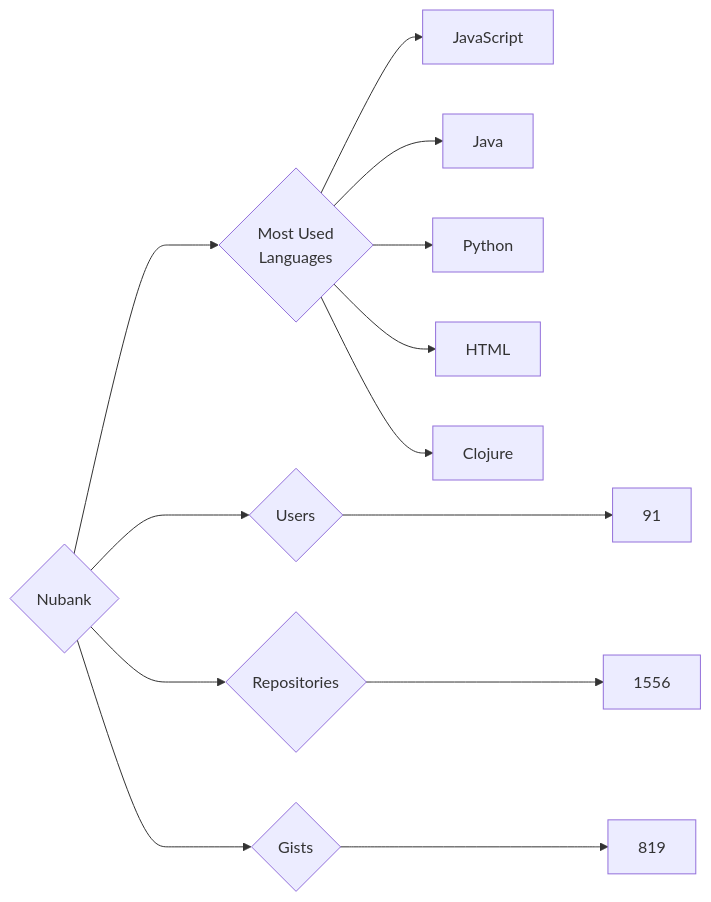
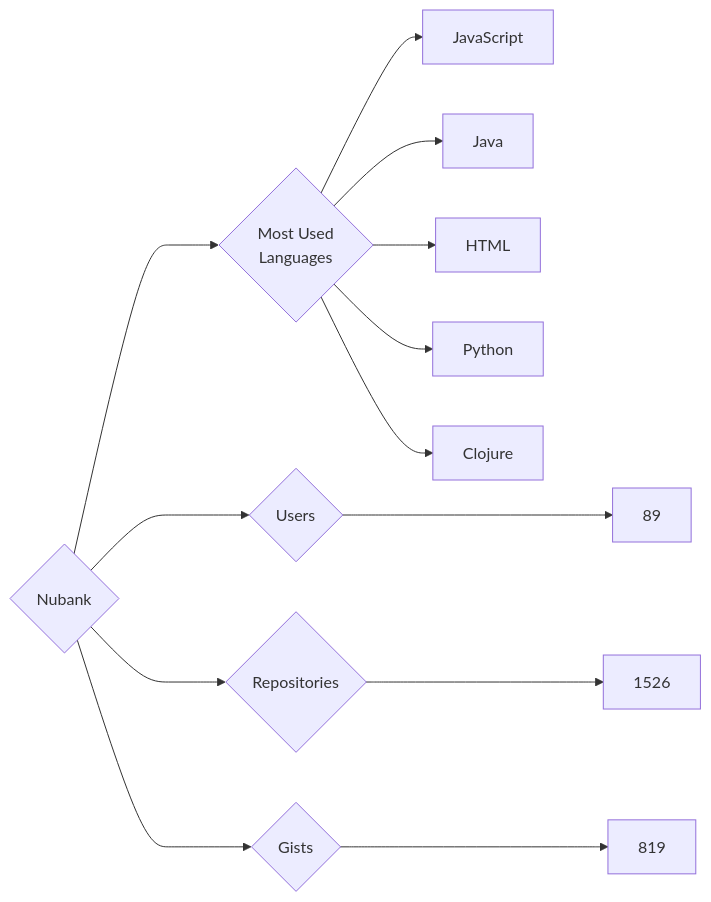
One commit to trickest/insiders changed the diagram in targets/Nubank/README.md. Above: the diagram before and after it, drawn with Mermaid. The commit also changed 770 other files, not shown here.

````diff
--- a/targets/Nubank/README.md
+++ b/targets/Nubank/README.md
@@ -3,13 +3,13 @@
 ```mermaid
 graph LR
 COMPANY_NAME{Nubank}
-COMPANY_NAME ---> U{Users} ---> UN[91]
-COMPANY_NAME ---> R{Repositories} ---> RN[1556]
+COMPANY_NAME ---> U{Users} ---> UN[89]
+COMPANY_NAME ---> R{Repositories} ---> RN[1526]
 COMPANY_NAME ---> G{Gists} ---> GN[819]
 COMPANY_NAME ---> ML{Most Used<br>Languages}
 ML --> JavaScript[JavaScript]
 ML --> Java[Java]
+ML --> HTML[HTML]
 ML --> Python[Python]
-ML --> HTML[HTML]
 ML --> Clojure[Clojure]
 ```
````
